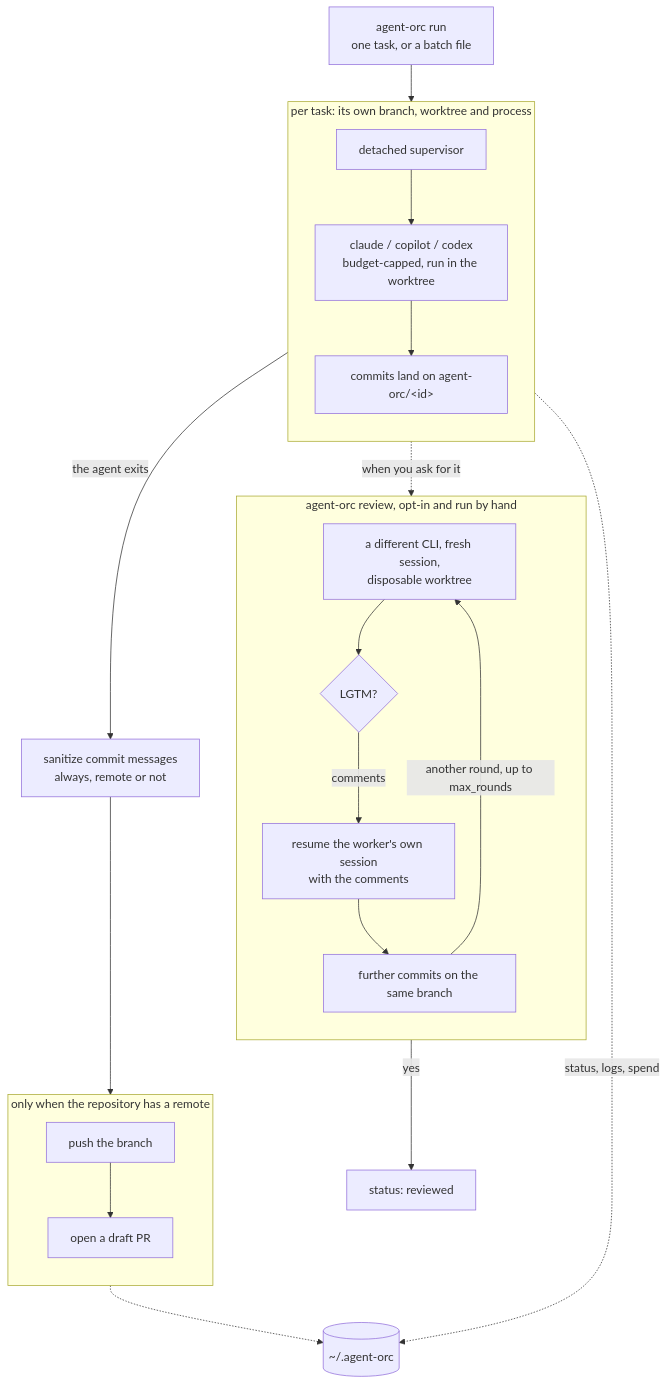
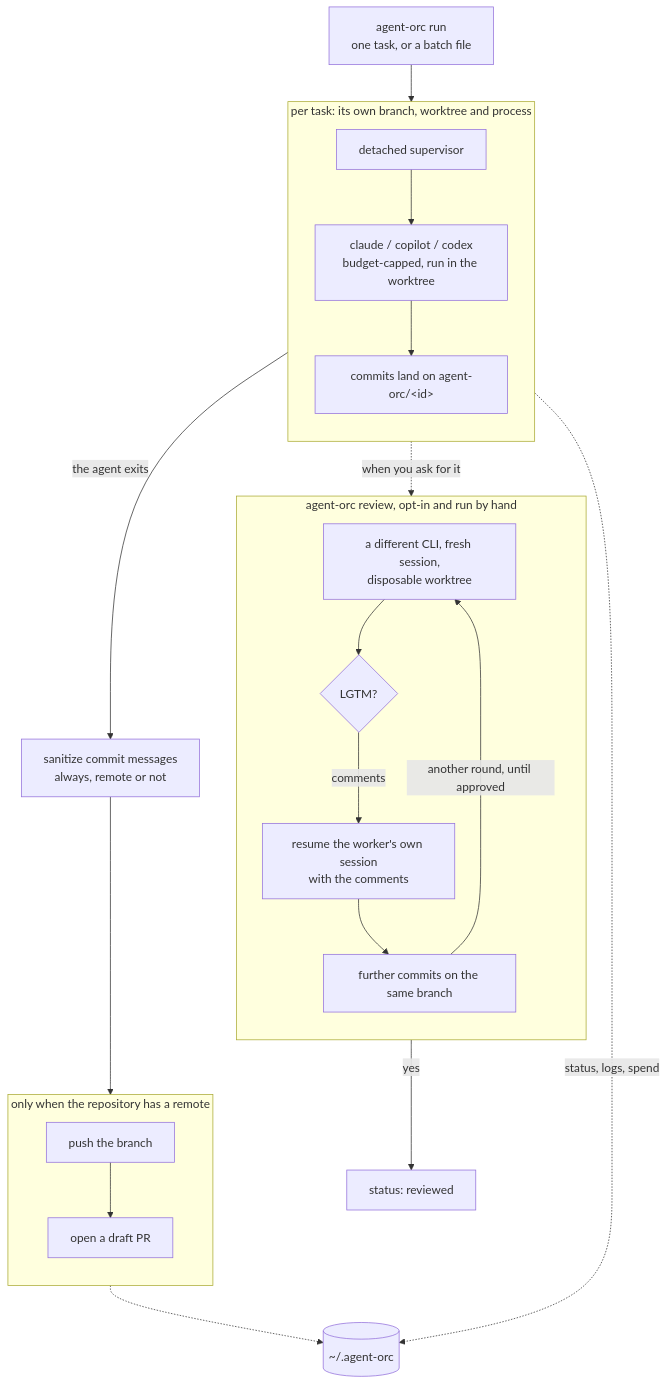
One commit to MaryannGitonga/agent-orc changed the first of 2 diagrams in README.md. Above: the diagram before and after it, drawn with Mermaid. The commit also changed other lines of this file and 22 other files, not shown here.

````diff
--- a/README.md
+++ b/README.md
@@ -25,39 +25,39 @@
 ```mermaid
 flowchart TB
     RUN["agent-orc run<br/>one task, or a batch file"]
 
     subgraph TASK["per task: its own branch, worktree and process"]
         direction TB
         SUP["detached supervisor"]
         AGENT["claude / copilot / codex<br/>budget-capped, run in the worktree"]
         WORK["commits land on agent-orc/&lt;id&gt;"]
         SUP --> AGENT --> WORK
     end
 
     SAN["sanitize commit messages<br/>always, remote or not"]
 
     subgraph PUBLISH["only when the repository has a remote"]
         direction TB
         PUSH["push the branch"] --> PR["open a draft PR"]
     end
 
     subgraph REVIEW["agent-orc review, opt-in and run by hand"]
         direction TB
         REV["a different CLI, fresh session,<br/>disposable worktree"]
         VERDICT{"LGTM?"}
         RESUME["resume the worker's own session<br/>with the comments"]
         MORE["further commits on the same branch"]
         REV --> VERDICT
         VERDICT -->|"comments"| RESUME --> MORE
-        MORE -->|"another round, up to max_rounds"| REV
+        MORE -->|"another round, until approved"| REV
     end
 
     RUN --> SUP
     WORK -->|"the agent exits"| SAN
     SAN --> PUSH
     WORK -.->|"when you ask for it"| REV
     VERDICT -->|"yes"| REVIEWED["status: reviewed"]
     SUP -.->|"status, logs, spend"| STATE
     PUSH -.-> STATE
     STATE[("~/.agent-orc")]
 ```
````
